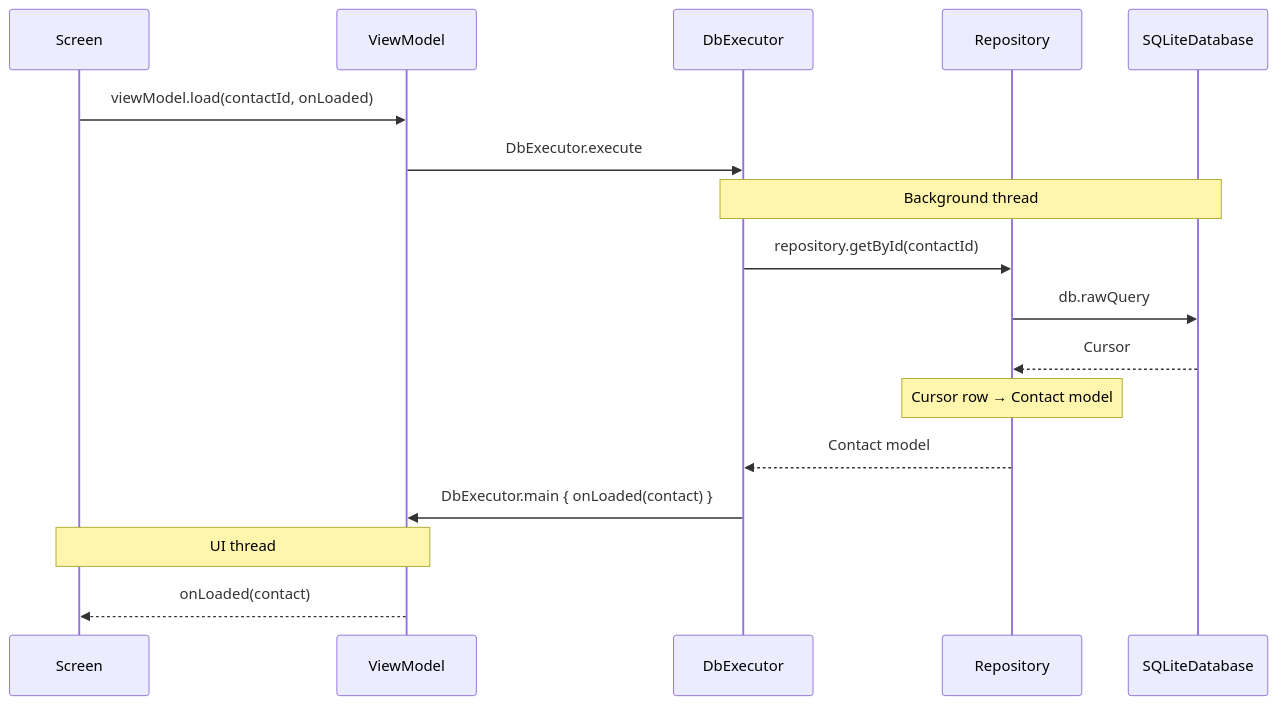
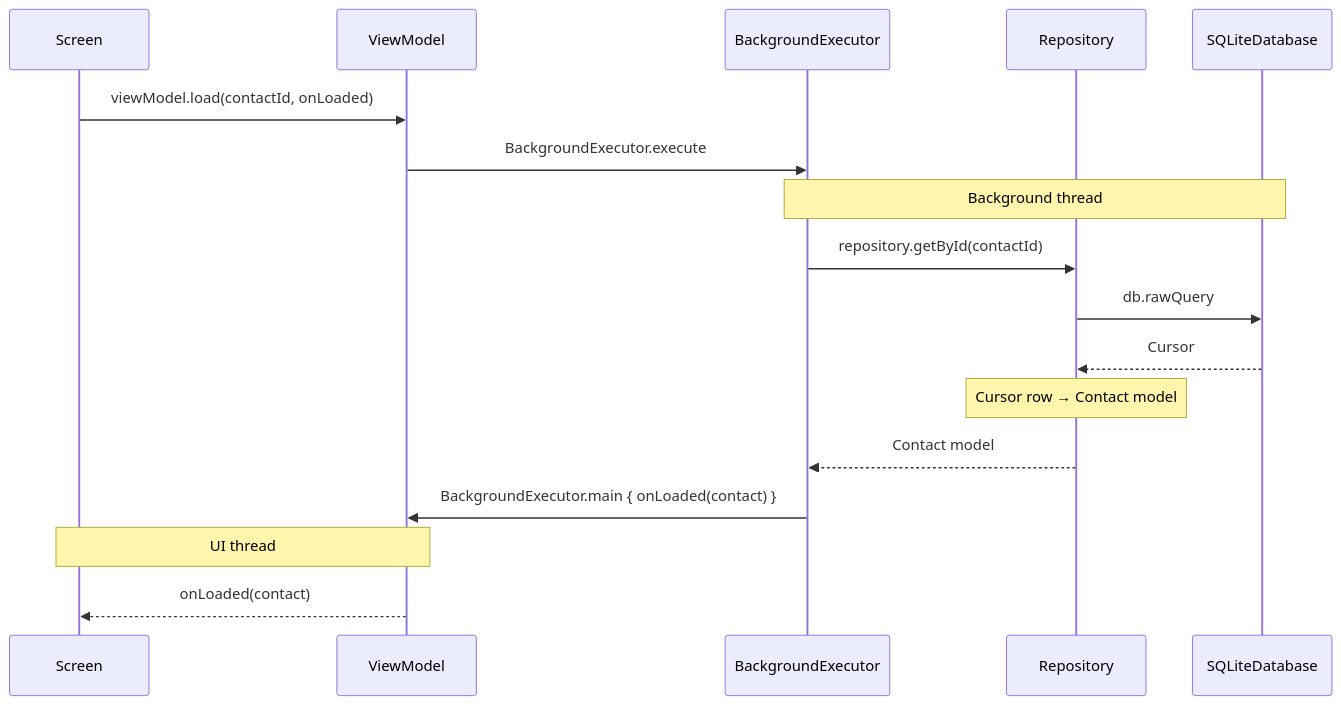
One commit to ysengoku/ft_hangouts changed the diagram in docs/DATABASE.md. Above: the diagram before and after it, drawn with Mermaid. The commit also changed other lines of this file and 6 other files, not shown here.

````diff
--- a/docs/DATABASE.md
+++ b/docs/DATABASE.md
@@ -47,20 +47,20 @@
 ```mermaid
 sequenceDiagram
     participant S as Screen
     participant VM as ViewModel
-    participant E as DbExecutor
+    participant E as BackgroundExecutor
     participant R as Repository
     participant DB as SQLiteDatabase
 
     S->>VM: viewModel.load(contactId, onLoaded)
-    VM->>E: DbExecutor.execute
+    VM->>E: BackgroundExecutor.execute
     Note over E,DB: Background thread
     E->>R: repository.getById(contactId)
     R->>DB: db.rawQuery
     DB-->>R: Cursor
     Note over R: Cursor row → Contact model
     R-->>E: Contact model
-    E->>VM: DbExecutor.main { onLoaded(contact) }
+    E->>VM: BackgroundExecutor.main { onLoaded(contact) }
     Note over S,VM: UI thread
     VM-->>S: onLoaded(contact)
 ```
````
